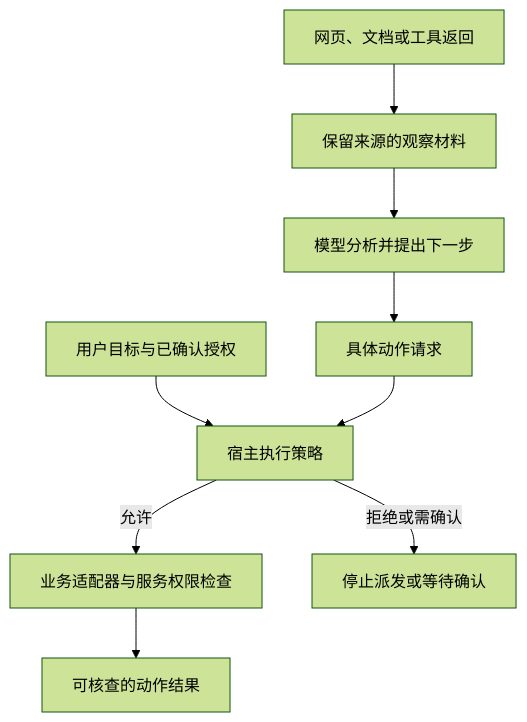
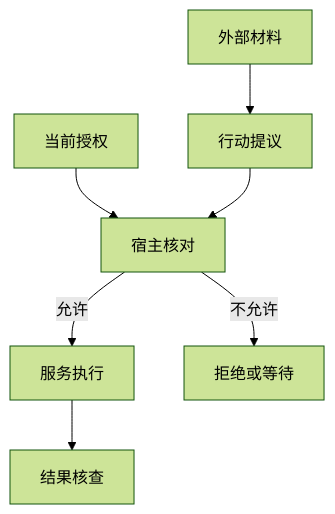
One commit to Mar-garet/agent-book changed the diagram in book/20-trust-boundaries.md. Above: the diagram before and after it, drawn with Mermaid (forest theme). The commit also changed other lines of this file and 47 other files, not shown here.

````diff
--- a/book/20-trust-boundaries.md
+++ b/book/20-trust-boundaries.md
@@ -24,12 +17,10 @@
 ```mermaid
-%% 资料能提供事实线索，授权仍由当前任务与宿主策略决定
+%% 观察可以提出线索，许可由执行边界核对
 flowchart TD
-    U[用户目标与已确认授权] --> P[宿主执行策略]
-    D[网页、文档或工具返回] --> O[保留来源的观察材料]
-    O --> M[模型分析并提出下一步]
-    M --> A[具体动作请求]
-    A --> P
-    P -->|允许| E[业务适配器与服务权限检查]
-    P -->|拒绝或需确认| W[停止派发或等待确认]
-    E --> R[可核查的动作结果]
+    A[外部材料] --> C[行动提议]
+    B[当前授权] --> D[宿主核对]
+    C --> D
+    D -->|允许| E[服务执行]
+    D -->|不允许| F[拒绝或等待]
+    E --> G[结果核查]
 ```
````
